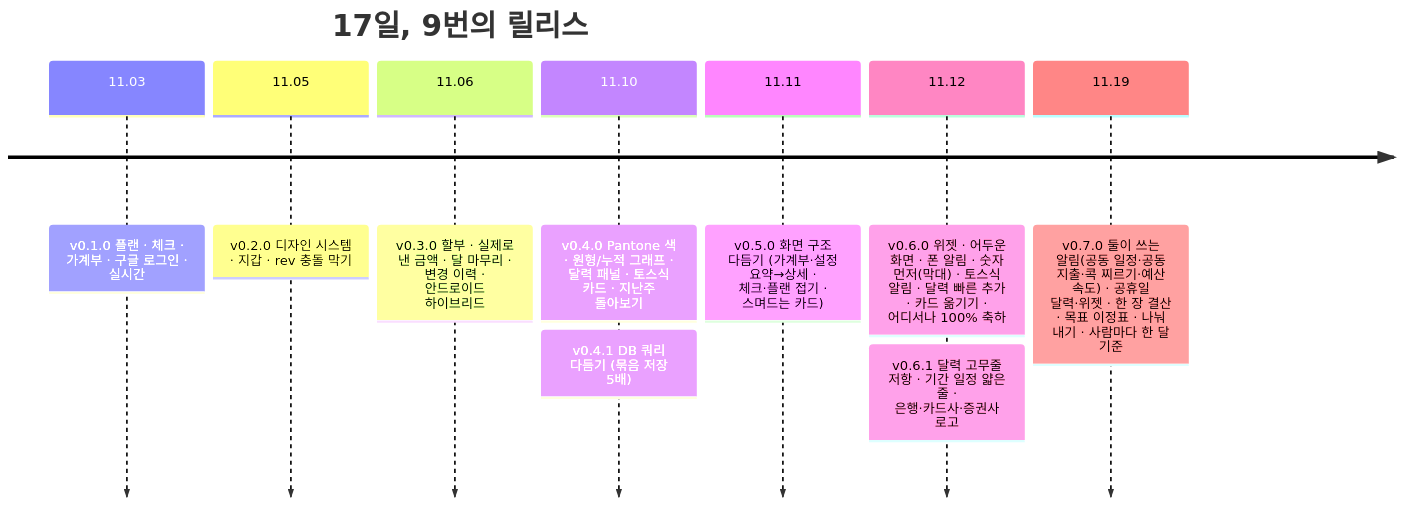
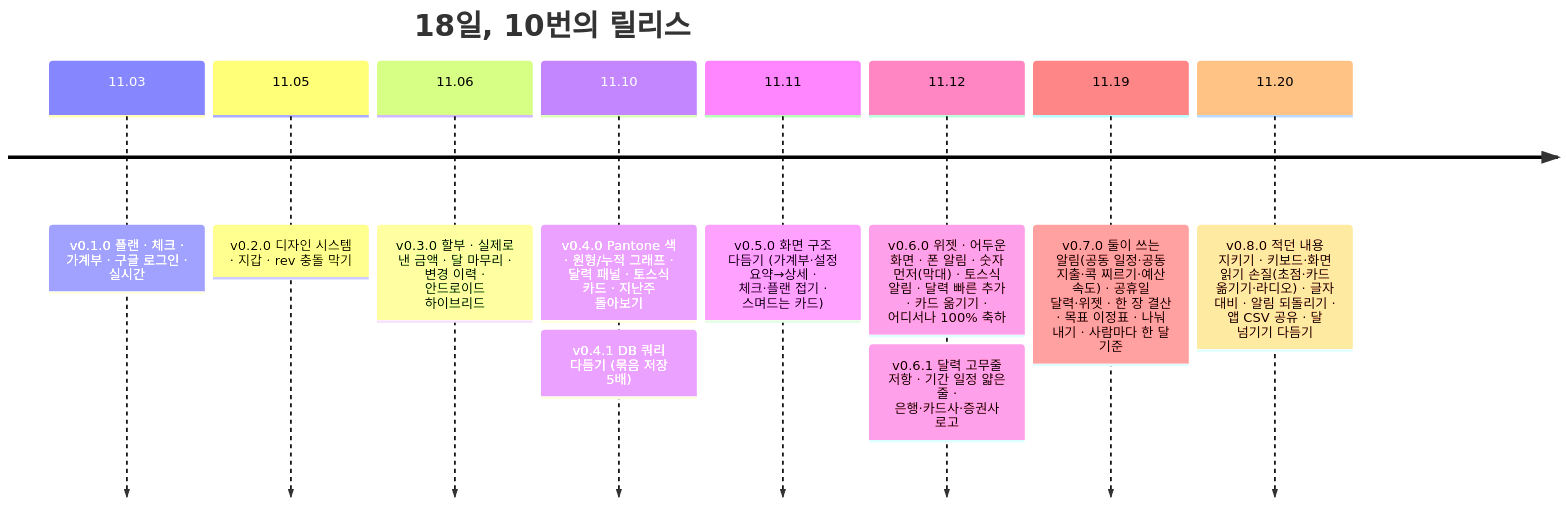
The fifth of 5 diagrams in README.md (jojaden/our-money), drawn with Mermaid before and after one commit. The commit also changed other lines of this file and 5 other files, not shown here.

````diff
--- a/README.md
+++ b/README.md
@@ -152,13 +152,14 @@
 ```mermaid
 timeline
-  title 17일, 9번의 릴리스
+  title 18일, 10번의 릴리스
   11.03 : v0.1.0 플랜 · 체크 · 가계부 · 구글 로그인 · 실시간
   11.05 : v0.2.0 디자인 시스템 · 지갑 · rev 충돌 막기
   11.06 : v0.3.0 할부 · 실제로 낸 금액 · 달 마무리 · 변경 이력 · 안드로이드 하이브리드
   11.10 : v0.4.0 Pantone 색 · 원형/누적 그래프 · 달력 패널 · 토스식 카드 · 지난주 돌아보기
         : v0.4.1 DB 쿼리 다듬기 (묶음 저장 5배)
   11.11 : v0.5.0 화면 구조 다듬기 (가계부·설정 요약→상세 · 체크·플랜 접기 · 스며드는 카드)
   11.12 : v0.6.0 위젯 · 어두운 화면 · 폰 알림 · 숫자 먼저(막대) · 토스식 알림 · 달력 빠른 추가 · 카드 옮기기 · 어디서나 100% 축하
         : v0.6.1 달력 고무줄 저항 · 기간 일정 얇은 줄 · 은행·카드사·증권사 로고
   11.19 : v0.7.0 둘이 쓰는 알림(공동 일정·공동 지출·콕 찌르기·예산 속도) · 공휴일 달력·위젯 · 한 장 결산 · 목표 이정표 · 나눠 내기 · 사람마다 한 달 기준
+  11.20 : v0.8.0 적던 내용 지키기 · 키보드·화면 읽기 손질(초점·카드 옮기기·라디오) · 글자 대비 · 알림 되돌리기 · 앱 CSV 공유 · 달 넘기기 다듬기
 ```
````
